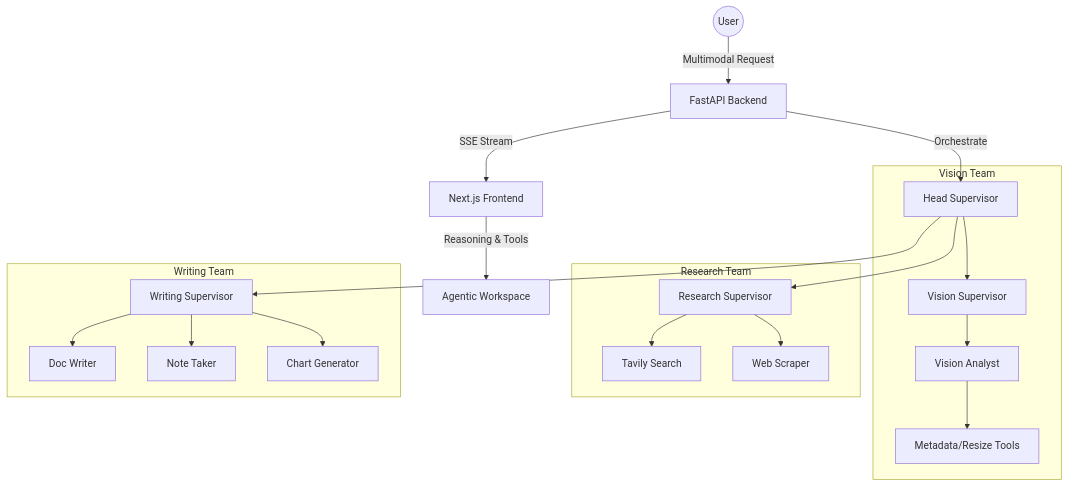
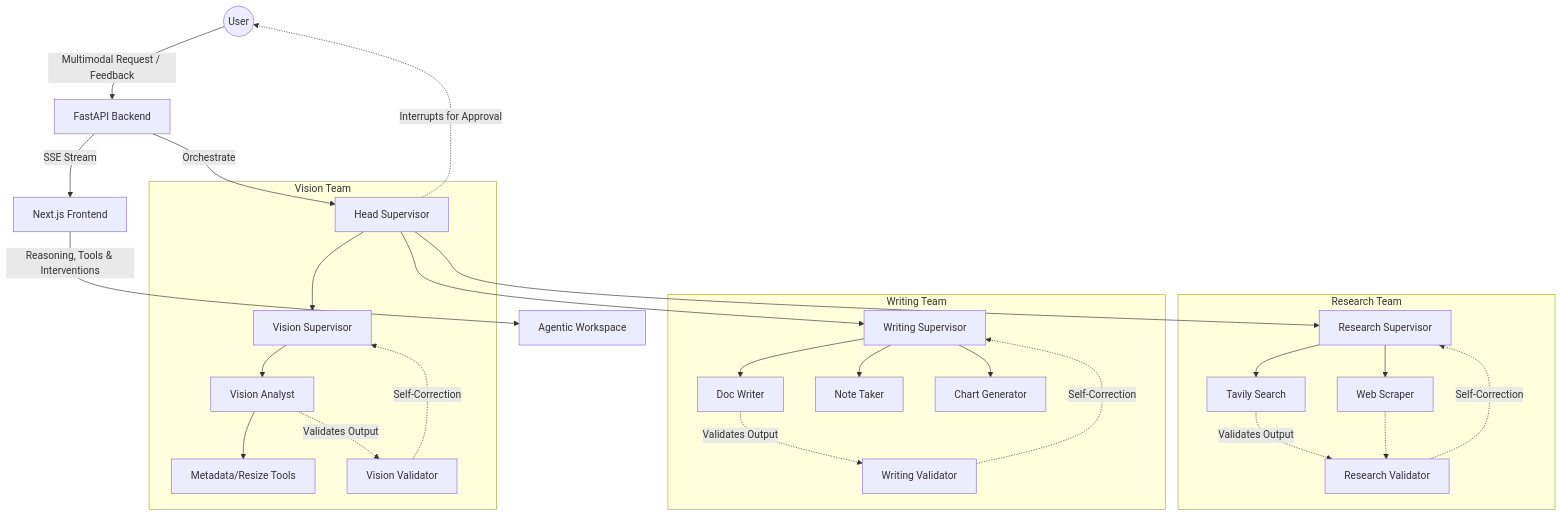
One commit to DONGRYEOLLEE1/orchagent changed the diagram in README.md. Above: the diagram before and after it, drawn with Mermaid. The commit also changed other lines of this file, not shown here.

````diff
--- a/README.md
+++ b/README.md
@@ -29,27 +34,35 @@
 ```mermaid
 graph TD
-    User((User)) -->|Multimodal Request| API[FastAPI Backend]
+    User((User)) -->|Multimodal Request / Feedback| API[FastAPI Backend]
     API -->|Orchestrate| Head[Head Supervisor]
-    
+    Head -.->|Interrupts for Approval| User
+
     subgraph Vision Team
         Head --> VS[Vision Supervisor]
         VS --> VAnalyst[Vision Analyst]
         VAnalyst --> VTools[Metadata/Resize Tools]
+        VAnalyst -.->|Validates Output| VValidator[Vision Validator]
+        VValidator -.->|Self-Correction| VS
     end
 
     subgraph Research Team
         Head --> RS[Research Supervisor]
         RS --> Search[Tavily Search]
         RS --> Scraper[Web Scraper]
+        Search -.->|Validates Output| RValidator[Research Validator]
+        Scraper -.-> RValidator
+        RValidator -.->|Self-Correction| RS
     end
-    
+
     subgraph Writing Team
         Head --> WS[Writing Supervisor]
         WS --> Writer[Doc Writer]
         WS --> Noter[Note Taker]
         WS --> Chart[Chart Generator]
+        Writer -.->|Validates Output| WValidator[Writing Validator]
+        WValidator -.->|Self-Correction| WS
     end
-    
+
     API -->|SSE Stream| UI[Next.js Frontend]
-    UI -->|Reasoning & Tools| Dashboard[Agentic Workspace]
+    UI -->|Reasoning, Tools & Interventions| Dashboard[Agentic Workspace]
 ```
````
